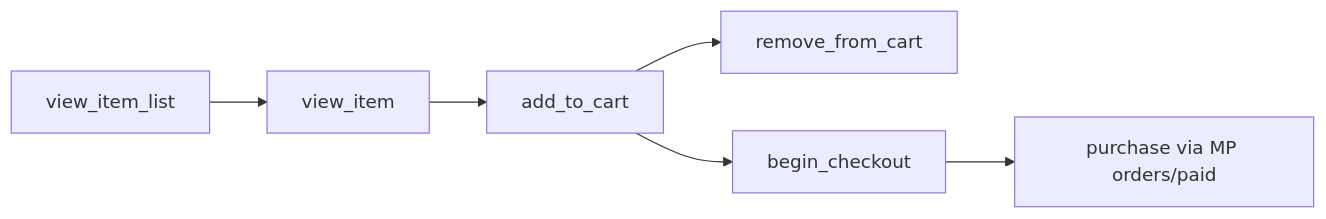
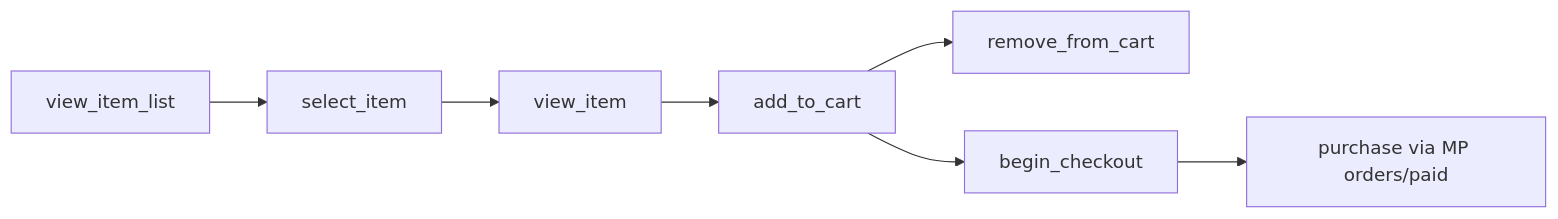
The second of 2 diagrams in docs/ARCHITECTURE.md (ezequiel-da-silva/enterprise-next-datocms), drawn with Mermaid before and after one commit. The commit also changed other lines of this file and 19 other files, not shown here.

First line of the commit message:
feat(analytics): implement GA4 tracking for select_item and select_content events

````diff
--- a/docs/ARCHITECTURE.md
+++ b/docs/ARCHITECTURE.md
@@ -113,8 +113,9 @@
 ```mermaid
 flowchart LR
-  list[view_item_list] --> pdp[view_item]
+  list[view_item_list] --> select[select_item]
+  select --> pdp[view_item]
   pdp --> atc[add_to_cart]
   atc --> rem[remove_from_cart]
   atc --> begin[begin_checkout]
   begin --> mp["purchase via MP orders/paid"]
 ```
````
